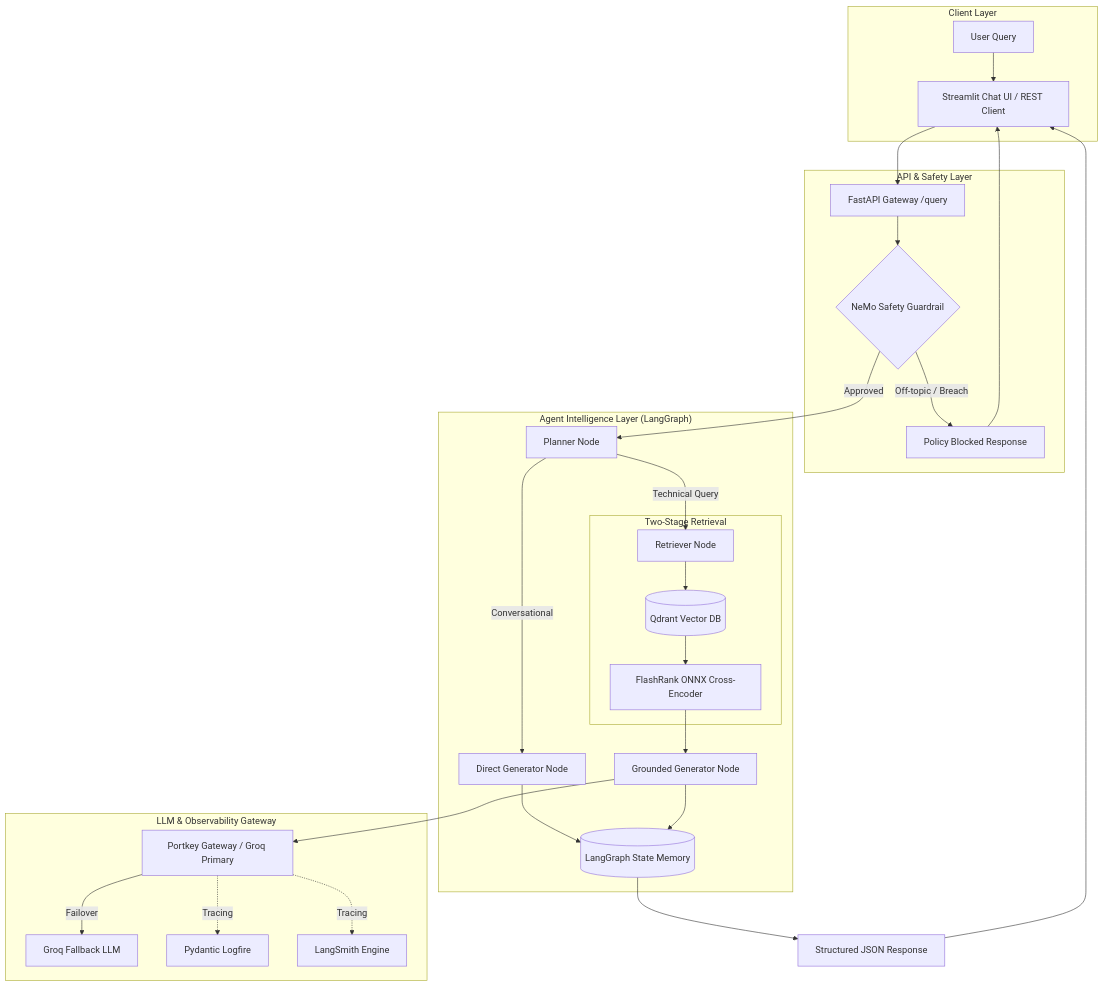
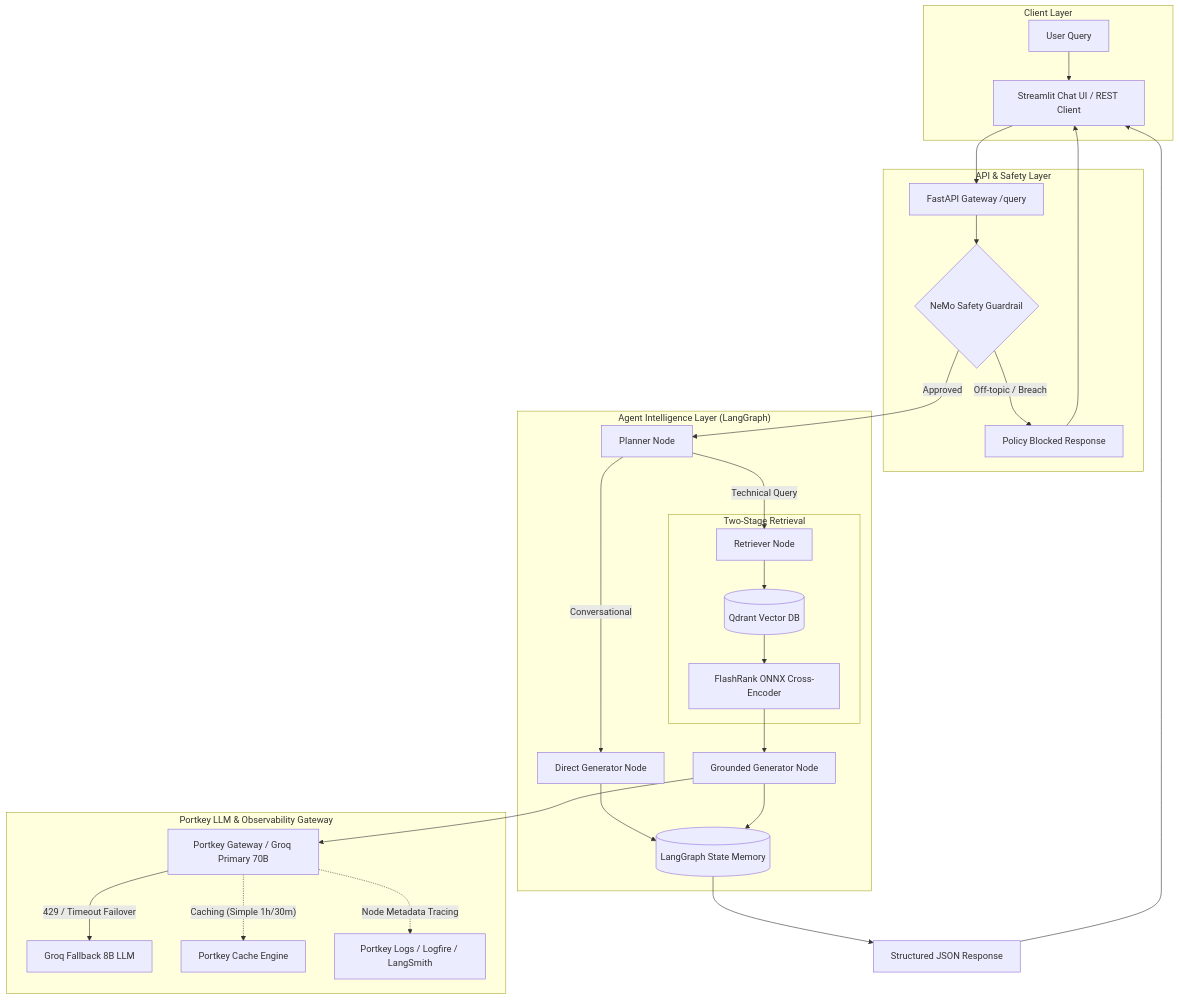
Before and after one commit to rahul-1809/Banking-Knowledge-Intelligence-Platform: the diagram in README.md, drawn with Mermaid. The commit also changed other lines of this file and 11 other files, not shown here.

Commit message:
feat: update Portkey gateway config, guardrails, Streamlit UI connections display, and document loaders

````diff
--- a/README.md
+++ b/README.md
@@ -31,38 +31,38 @@
 ```mermaid
 flowchart TD
     subgraph "Client Layer"
         A["User Query"] --> B["Streamlit Chat UI / REST Client"]
     end
 
     subgraph "API & Safety Layer"
         B --> C["FastAPI Gateway /query"]
         C --> D{"NeMo Safety Guardrail"}
         D -- "Off-topic / Breach" --> E["Policy Blocked Response"]
         E --> B
     end
 
     subgraph "Agent Intelligence Layer (LangGraph)"
         D -- "Approved" --> F["Planner Node"]
         F -- "Conversational" --> G["Direct Generator Node"]
         F -- "Technical Query" --> H["Retriever Node"]
         
         subgraph "Two-Stage Retrieval"
             H --> I[("Qdrant Vector DB")]
             I --> J["FlashRank ONNX Cross-Encoder"]
         end
         
         J --> K["Grounded Generator Node"]
         G --> L[("LangGraph State Memory")]
         K --> L
     end
 
-    subgraph "LLM & Observability Gateway"
-        K --> M["Portkey Gateway / Groq Primary"]
-        M -- "Failover" --> N["Groq Fallback LLM"]
-        M -. "Tracing" .-> O["Pydantic Logfire"]
-        M -. "Tracing" .-> P["LangSmith Engine"]
+    subgraph "Portkey LLM & Observability Gateway"
+        K --> M["Portkey Gateway / Groq Primary 70B"]
+        M -- "429 / Timeout Failover" --> N["Groq Fallback 8B LLM"]
+        M -. "Caching (Simple 1h/30m)" .-> O["Portkey Cache Engine"]
+        M -. "Node Metadata Tracing" .-> P["Portkey Logs / Logfire / LangSmith"]
     end
 
     L --> Q["Structured JSON Response"]
     Q --> B
 ```
````
